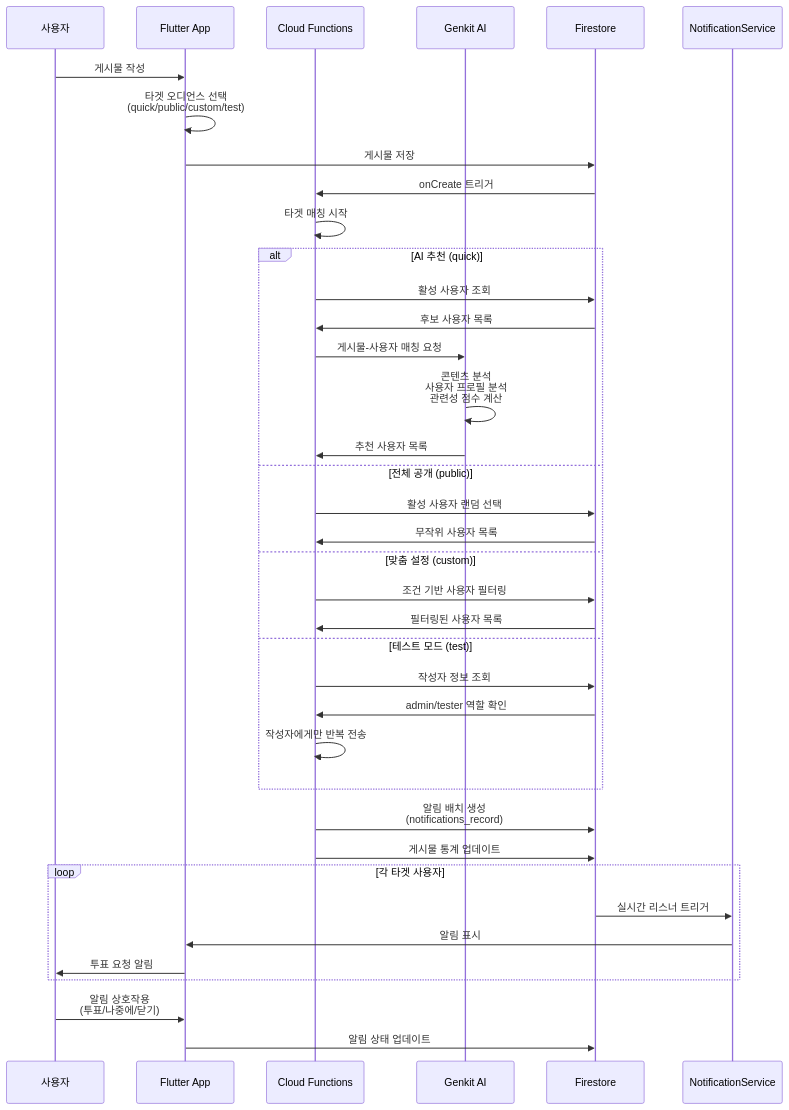
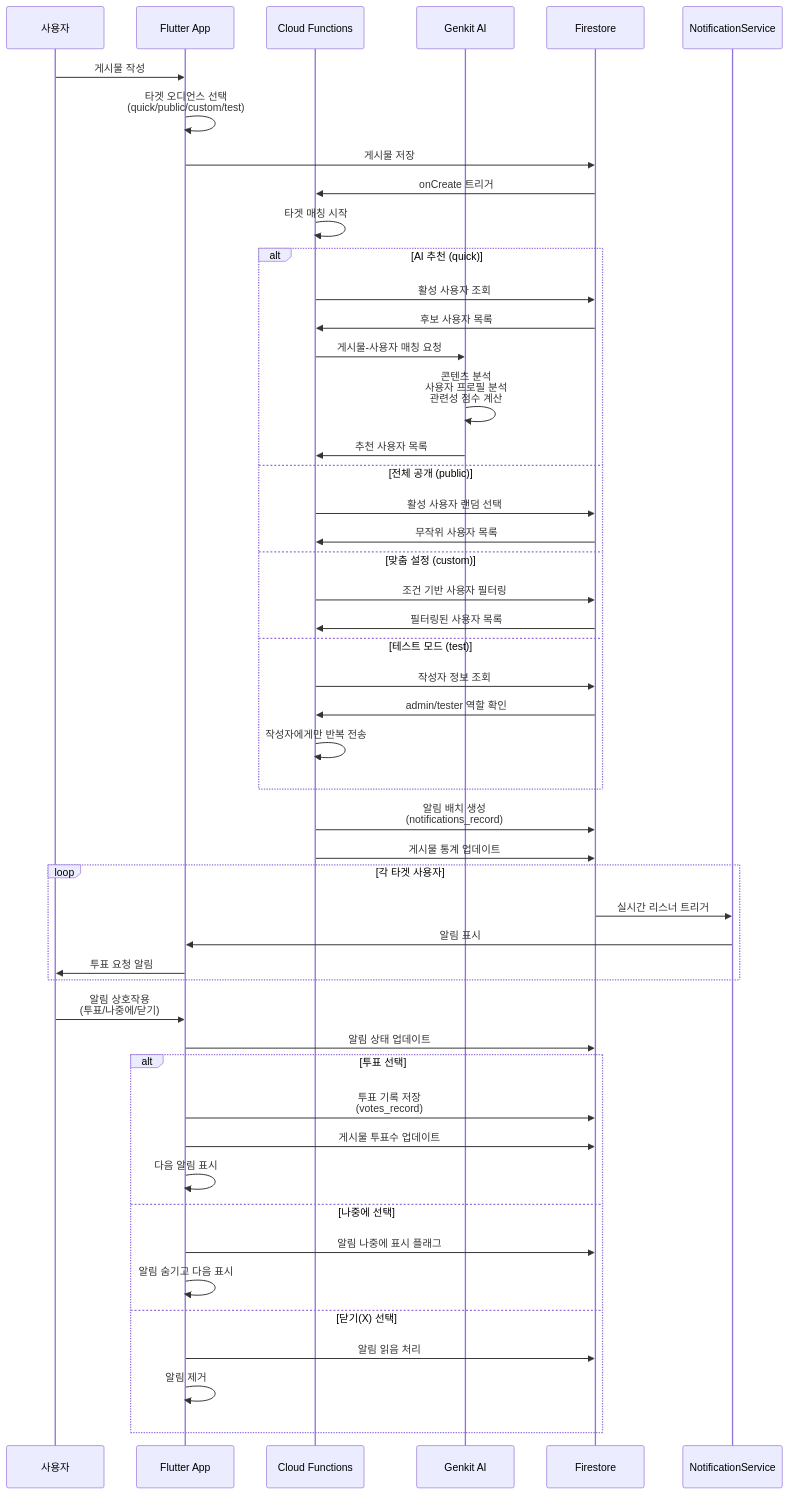
The sixth of 7 diagrams in 백엔드다이어그램.md (gblack84/versus-cursor), drawn with Mermaid before and after one commit. The commit also changed other lines of this file and 28 other files, not shown here.

````diff
--- a/백엔드다이어그램.md
+++ b/백엔드다이어그램.md
@@ -323,46 +323,58 @@
 ```mermaid
 sequenceDiagram
     participant U as 사용자
     participant A as Flutter App
     participant CF as Cloud Functions
     participant AI as Genkit AI
     participant DB as Firestore
     participant N as NotificationService
     
     U->>A: 게시물 작성
     A->>A: 타겟 오디언스 선택<br/>(quick/public/custom/test)
     A->>DB: 게시물 저장
     DB->>CF: onCreate 트리거
     
     CF->>CF: 타겟 매칭 시작
     
     alt AI 추천 (quick)
         CF->>DB: 활성 사용자 조회
         DB->>CF: 후보 사용자 목록
         CF->>AI: 게시물-사용자 매칭 요청
         AI->>AI: 콘텐츠 분석<br/>사용자 프로필 분석<br/>관련성 점수 계산
         AI->>CF: 추천 사용자 목록
     else 전체 공개 (public)
         CF->>DB: 활성 사용자 랜덤 선택
         DB->>CF: 무작위 사용자 목록
     else 맞춤 설정 (custom)
         CF->>DB: 조건 기반 사용자 필터링
         DB->>CF: 필터링된 사용자 목록
     else 테스트 모드 (test)
         CF->>DB: 작성자 정보 조회
         DB->>CF: admin/tester 역할 확인
         CF->>CF: 작성자에게만 반복 전송
     end
     
     CF->>DB: 알림 배치 생성<br/>(notifications_record)
     CF->>DB: 게시물 통계 업데이트
     
     loop 각 타겟 사용자
         DB->>N: 실시간 리스너 트리거
         N->>A: 알림 표시
         A->>U: 투표 요청 알림
     end
     
     U->>A: 알림 상호작용<br/>(투표/나중에/닫기)
     A->>DB: 알림 상태 업데이트
+    
+    alt 투표 선택
+        A->>DB: 투표 기록 저장<br/>(votes_record)
+        A->>DB: 게시물 투표수 업데이트
+        A->>A: 다음 알림 표시
+    else 나중에 선택
+        A->>DB: 알림 나중에 표시 플래그
+        A->>A: 알림 숨기고 다음 표시
+    else 닫기(X) 선택
+        A->>DB: 알림 읽음 처리
+        A->>A: 알림 제거
+    end
 ```
````
